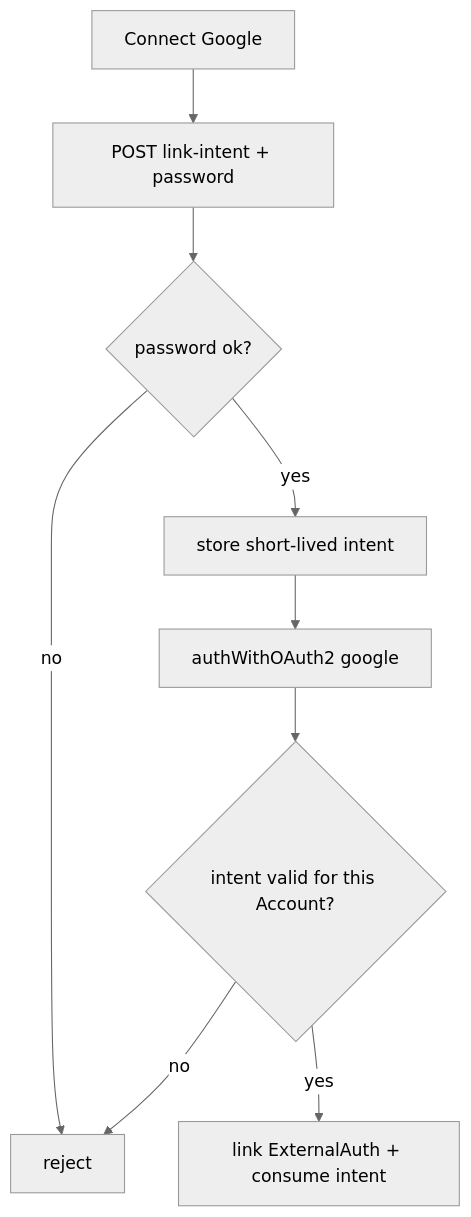
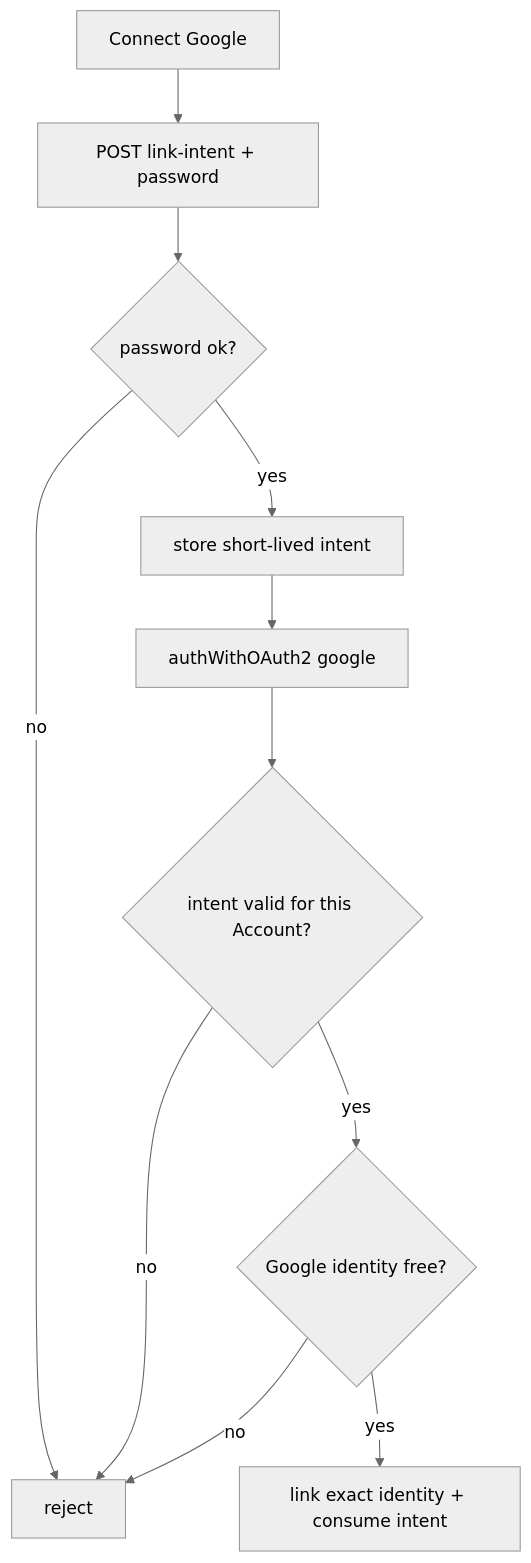
One commit to cognos-io/chat.cognos.io changed the diagram in docs/business_processes/oauth-account-link.md. Above: the diagram before and after it, drawn with Mermaid (neutral theme). The commit also changed other lines of this file and 58 other files, not shown here.

First line of the commit message:
feat(auth): harden google oauth journeys

````diff
--- a/docs/business_processes/oauth-account-link.md
+++ b/docs/business_processes/oauth-account-link.md
@@ -27,11 +34,13 @@
 ```mermaid
 flowchart TD
   A[Connect Google] --> B[POST link-intent + password]
   B --> C{password ok?}
   C -- no --> R[reject]
   C -- yes --> D[store short-lived intent]
   D --> E[authWithOAuth2 google]
   E --> F{intent valid for this Account?}
   F -- no --> R
-  F -- yes --> G[link ExternalAuth + consume intent]
+  F -- yes --> I{Google identity free?}
+  I -- no --> R
+  I -- yes --> G[link exact identity + consume intent]
 ```
````
